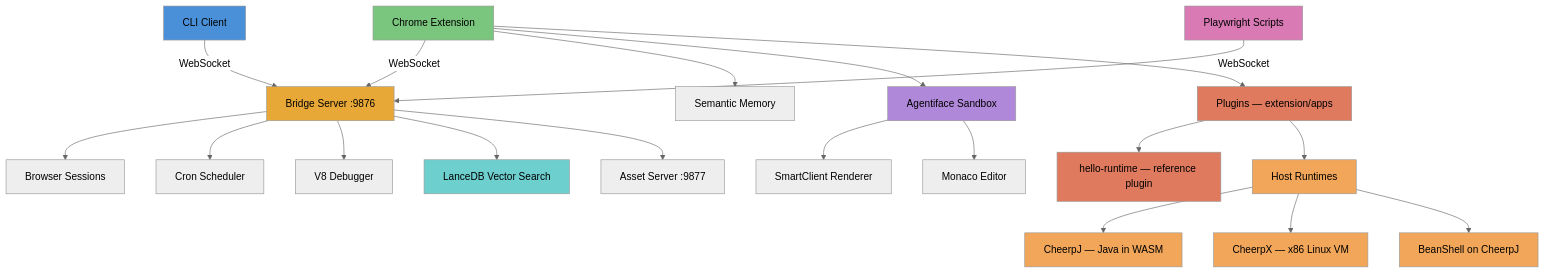
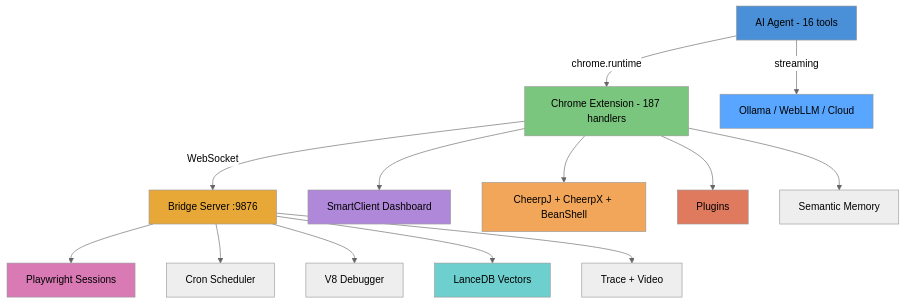
Before and after one commit to bigale/agentidev: the diagram in README.md, drawn with Mermaid (neutral theme). The commit also changed other lines of this file, not shown here.

First line of the commit message:
Rewrite README: agent-first, reflects current state

````diff
--- a/README.md
+++ b/README.md
@@ -13,34 +57,25 @@
 ```mermaid
 graph TD
-    style CLI fill:#4A90D9,color:black
+    style Agent fill:#4A90D9,color:black
     style Bridge fill:#E8A838,color:black
     style Ext fill:#7BC67E,color:black
     style PW fill:#D97AB5,color:black
     style SC fill:#B088D9,color:black
     style Vec fill:#6ECFCF,color:black
     style Runtimes fill:#F2A65A,color:black
-    style CheerpJ fill:#F2A65A,color:black
-    style CheerpX fill:#F2A65A,color:black
-    style Bsh fill:#F2A65A,color:black
     style Plugins fill:#E07A5F,color:black
-    style Hello fill:#E07A5F,color:black
+    style LLM fill:#58A6FF,color:black
 
-    CLI[CLI Client] -->|WebSocket| Bridge[Bridge Server :9876]
-    Ext[Chrome Extension] -->|WebSocket| Bridge
-    PW[Playwright Scripts] -->|WebSocket| Bridge
-    Bridge --> Sessions[Browser Sessions]
+    Agent[AI Agent - 16 tools] -->|chrome.runtime| Ext[Chrome Extension - 187 handlers]
+    Agent -->|streaming| LLM[Ollama / WebLLM / Cloud]
+    Ext -->|WebSocket| Bridge[Bridge Server :9876]
+    Bridge --> PW[Playwright Sessions]
     Bridge --> Sched[Cron Scheduler]
     Bridge --> Debug[V8 Debugger]
-    Bridge --> Vec[LanceDB Vector Search]
-    Bridge --> Assets[Asset Server :9877]
+    Bridge --> Vec[LanceDB Vectors]
+    Bridge --> Trace[Trace + Video]
     Ext --> SM[Semantic Memory]
-    Ext --> SC[Agentiface Sandbox]
-    Ext --> Plugins[Plugins — extension/apps]
-    Plugins --> Hello[hello-runtime — reference plugin]
-    Plugins --> Runtimes[Host Runtimes]
-    Runtimes --> CheerpJ[CheerpJ — Java in WASM]
-    Runtimes --> CheerpX[CheerpX — x86 Linux VM]
-    Runtimes --> Bsh[BeanShell on CheerpJ]
-    SC --> Renderer[SmartClient Renderer]
-    SC --> Monaco[Monaco Editor]
+    Ext --> SC[SmartClient Dashboard]
+    Ext --> Plugins[Plugins]
+    Ext --> Runtimes[CheerpJ + CheerpX + BeanShell]
 ```
````
